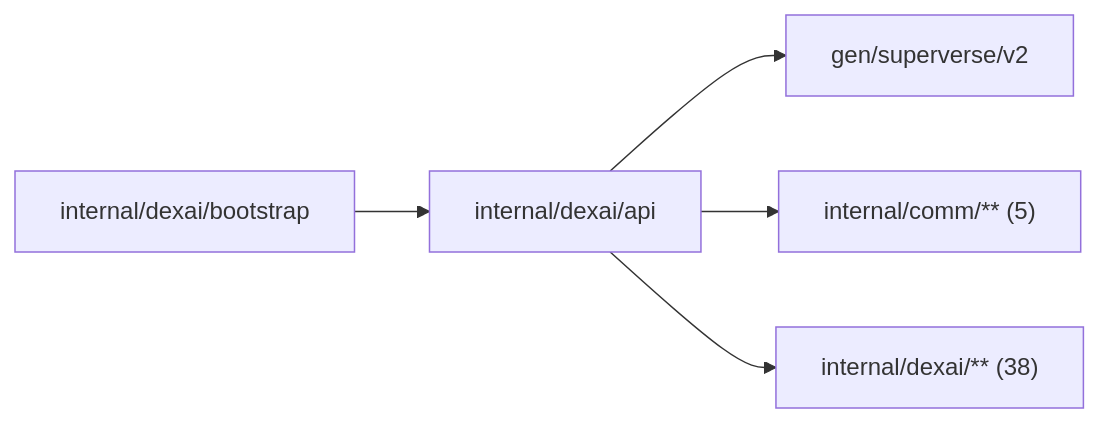
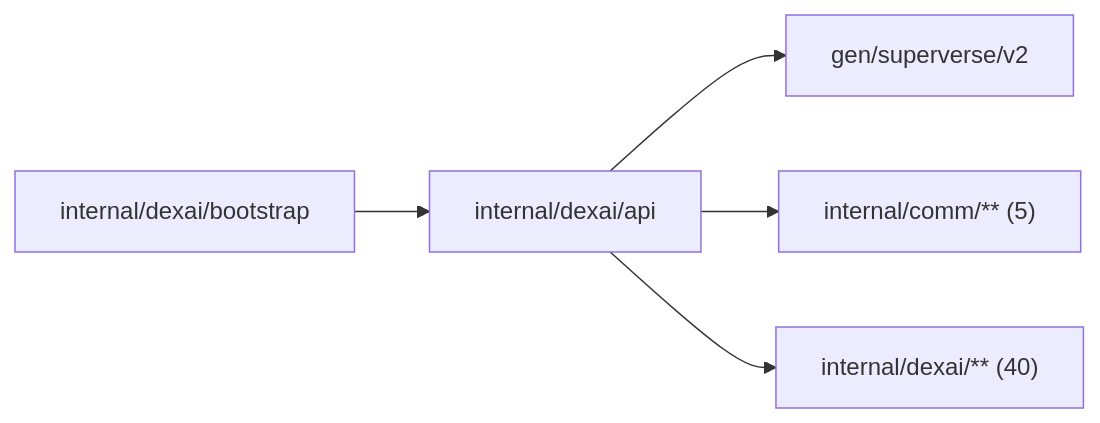
Before and after one commit to superdurable/superverse: the diagram in internal/dexai/api/README.md, drawn with Mermaid. The commit also changed other lines of this file and 112 other files, not shown here.

````diff
--- a/internal/dexai/api/README.md
+++ b/internal/dexai/api/README.md
@@ -10,8 +10,8 @@
 ```mermaid
 flowchart LR
   self["internal/dexai/api"]
   c0["internal/dexai/bootstrap"] --> self
   self --> d0["gen/superverse/v2"]
   self --> d1["internal/comm/** (5)"]
-  self --> d2["internal/dexai/** (38)"]
+  self --> d2["internal/dexai/** (40)"]
 ```
````
